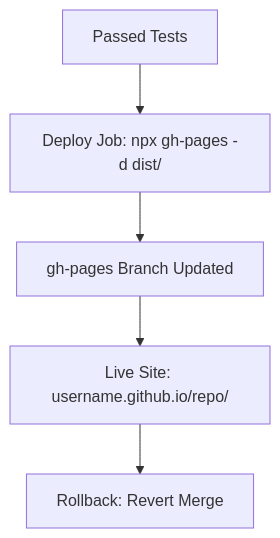
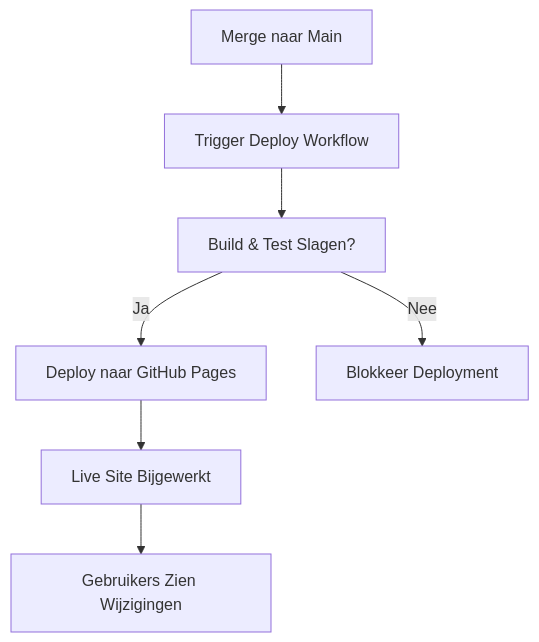
Before and after one commit to JonasCruzMartinez/devops-workshop-vitepress: the diagram in docs/theory/deploy.md, drawn with Mermaid. The commit also changed other lines of this file and 25 other files, not shown here.

````diff
--- a/docs/theory/deploy.md
+++ b/docs/theory/deploy.md
@@ -15,7 +68,9 @@
 ```mermaid
 graph TD
-  A[Passed Tests] --> B[Deploy Job: npx gh-pages -d dist/]
-  B --> C[gh-pages Branch Updated]
-  C --> D[Live Site: username.github.io/repo/]
-  D --> E[Rollback: Revert Merge]
+  A[Merge naar Main] --> B[Trigger Deploy Workflow]
+  B --> C[Build & Test Slagen?]
+  C -->|Ja| D[Deploy naar GitHub Pages]
+  C -->|Nee| E[Blokkeer Deployment]
+  D --> F[Live Site Bijgewerkt]
+  F --> G[Gebruikers Zien Wijzigingen]
 ```
````
